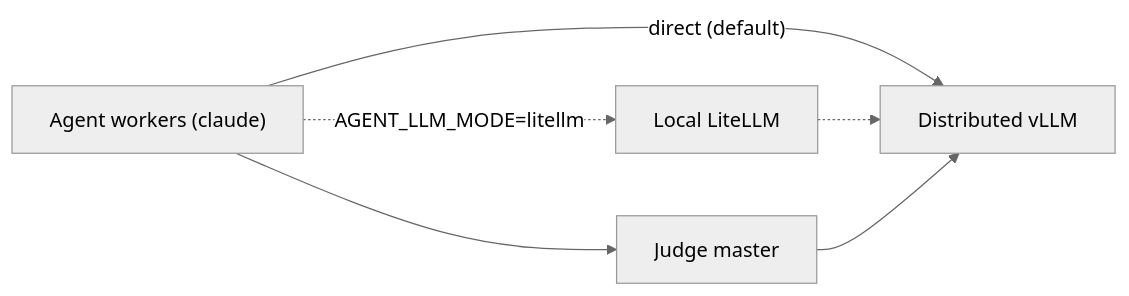
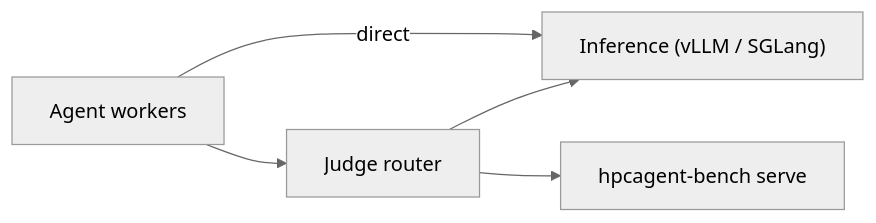
One commit to spcl/HPCAgent-Bench changed the diagram in experiments/README.md. Above: the diagram before and after it, drawn with Mermaid (neutral theme). The commit also changed other lines of this file and 67 other files, not shown here.

````diff
--- a/experiments/README.md
+++ b/experiments/README.md
@@ -40,8 +14,6 @@
 ```mermaid
 flowchart LR
-    A["Agent workers (claude)"] -->|"direct (default)"| V["Distributed vLLM"]
-    A -.->|"AGENT_LLM_MODE=litellm"| L["Local LiteLLM"]
-    L -.-> V
-    A --> J["Judge master"]
+    A["Agent workers"] -->|direct| V["Inference (vLLM / SGLang)"]
+    A --> J["Judge router"] --> U["hpcagent-bench serve"]
     J --> V
 ```
````
